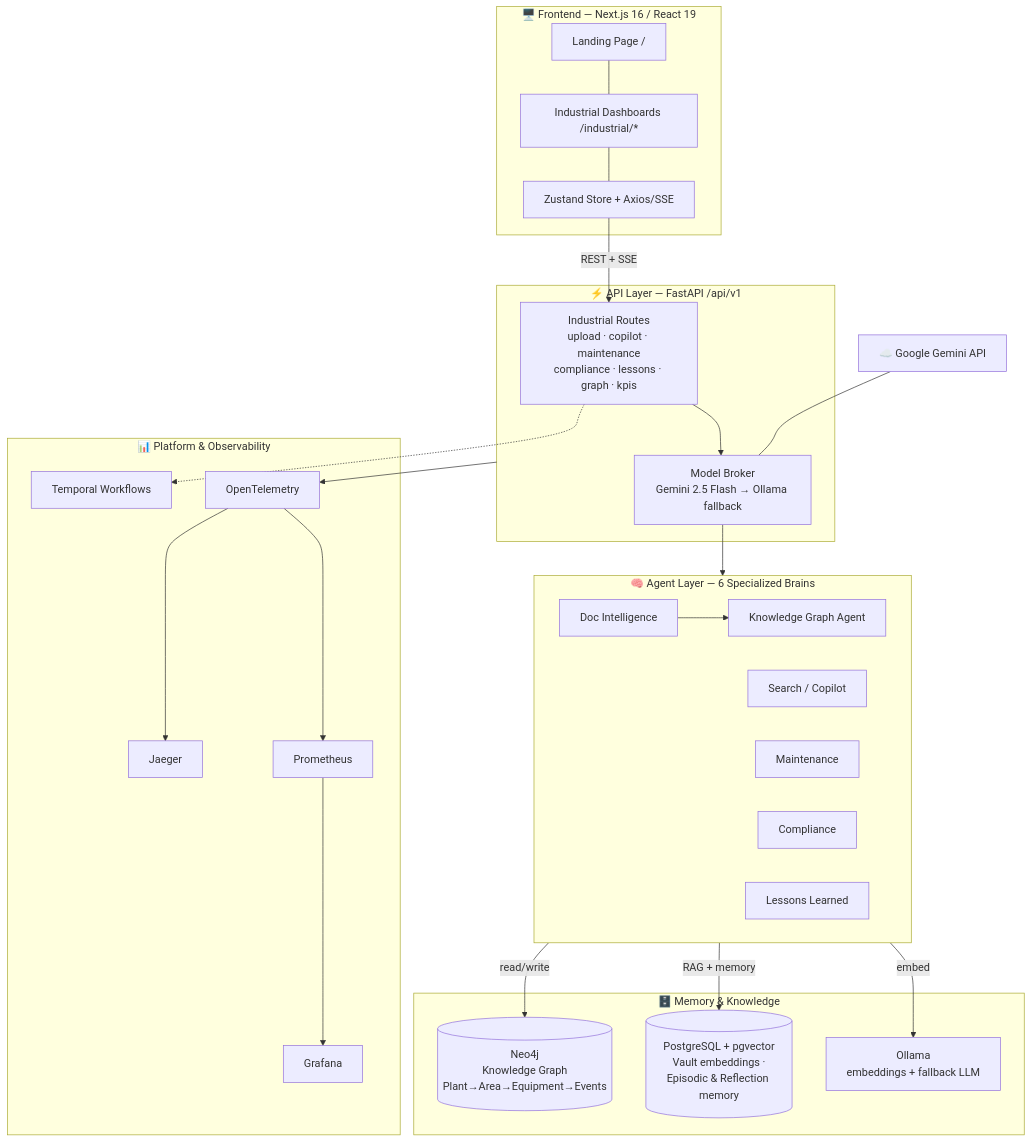
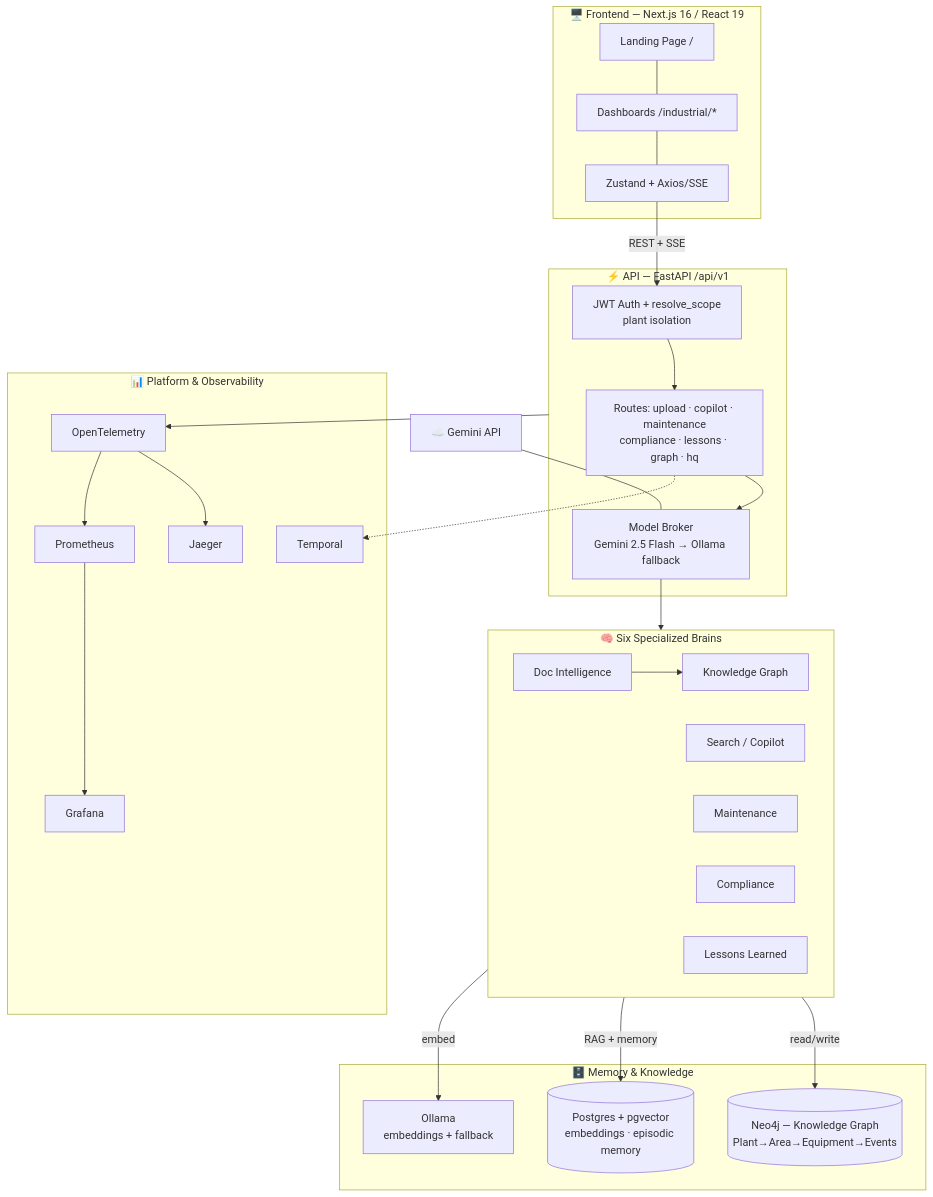
One commit to SohamVerse/sureflow-ai changed the diagram in README.md. Above: the diagram before and after it, drawn with Mermaid. The commit also changed other lines of this file and 13 other files, not shown here.

````diff
--- a/README.md
+++ b/README.md
@@ -72,49 +208,47 @@
 ```mermaid
 graph TD
     subgraph Client["🖥️ Frontend — Next.js 16 / React 19"]
         LP[Landing Page /]
-        DASH[Industrial Dashboards /industrial/*]
-        STORE[Zustand Store + Axios/SSE]
+        DASH[Dashboards /industrial/*]
+        STORE[Zustand + Axios/SSE]
         LP --- DASH --- STORE
     end
 
-    subgraph API["⚡ API Layer — FastAPI /api/v1"]
-        ROUTES[Industrial Routes<br/>upload · copilot · maintenance<br/>compliance · lessons · graph · kpis]
+    subgraph API["⚡ API — FastAPI /api/v1"]
+        AUTH[JWT Auth + resolve_scope<br/>plant isolation]
+        ROUTES[Routes: upload · copilot · maintenance<br/>compliance · lessons · graph · hq]
         BROKER[Model Broker<br/>Gemini 2.5 Flash → Ollama fallback]
     end
 
-    subgraph Agents["🧠 Agent Layer — 6 Specialized Brains"]
+    subgraph Agents["🧠 Six Specialized Brains"]
         DOC[Doc Intelligence]
-        KG[Knowledge Graph Agent]
+        KG[Knowledge Graph]
         SEARCH[Search / Copilot]
         MAINT[Maintenance]
         COMP[Compliance]
         LESS[Lessons Learned]
     end
 
     subgraph Memory["🗄️ Memory & Knowledge"]
-        NEO[(Neo4j<br/>Knowledge Graph<br/>Plant→Area→Equipment→Events)]
-        PG[(PostgreSQL + pgvector<br/>Vault embeddings ·<br/>Episodic & Reflection memory)]
-        OLL[Ollama<br/>embeddings + fallback LLM]
+        NEO[(Neo4j — Knowledge Graph<br/>Plant→Area→Equipment→Events)]
+        PG[(Postgres + pgvector<br/>embeddings · episodic memory)]
+        OLL[Ollama<br/>embeddings + fallback]
     end
 
     subgraph Infra["📊 Platform & Observability"]
-        TEMP[Temporal Workflows]
+        TEMP[Temporal]
         OTEL[OpenTelemetry]
         JAEGER[Jaeger]
-        PROM[Prometheus]
-        GRAF[Grafana]
+        PROM[Prometheus] --> GRAF[Grafana]
     end
 
-    STORE -->|REST + SSE| ROUTES
-    ROUTES --> BROKER
-    BROKER --> Agents
+    STORE -->|REST + SSE| AUTH --> ROUTES --> BROKER --> Agents
     DOC --> KG
     Agents -->|read/write| NEO
     Agents -->|RAG + memory| PG
     Agents -->|embed| OLL
     ROUTES -.-> TEMP
     API --> OTEL --> JAEGER
-    OTEL --> PROM --> GRAF
-    GEM[☁️ Google Gemini API] --- BROKER
+    OTEL --> PROM
+    GEM[☁️ Gemini API] --- BROKER
 ```
````
